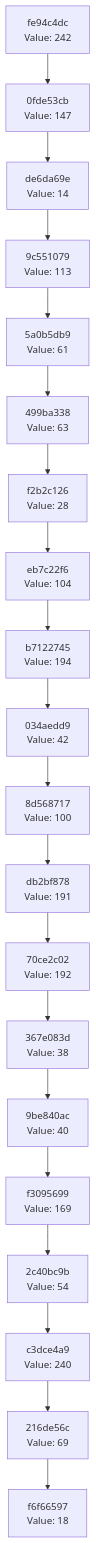
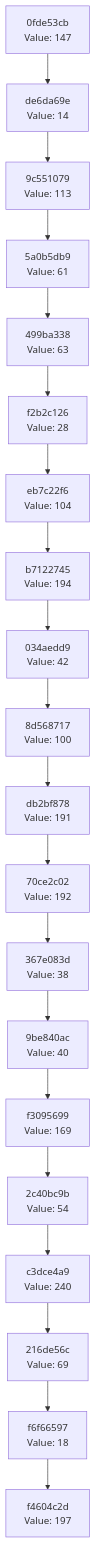
The diagram in docs/CHAIN_VISUALIZATION.md (Abhisheksinha1506/hash-chain-evolver), drawn with Mermaid before and after one commit. The commit also changed 2 other files, not shown here.

Commit message:
Evolution Step

````diff
--- a/docs/CHAIN_VISUALIZATION.md
+++ b/docs/CHAIN_VISUALIZATION.md
@@ -3,42 +3,42 @@
 ```mermaid
 graph TD
-    C0["f6f66597<br/>Value: 18"]
-    C1["216de56c<br/>Value: 69"]
+    C0["f4604c2d<br/>Value: 197"]
+    C1["f6f66597<br/>Value: 18"]
     C1 --> C0
-    C2["c3dce4a9<br/>Value: 240"]
+    C2["216de56c<br/>Value: 69"]
     C2 --> C1
-    C3["2c40bc9b<br/>Value: 54"]
+    C3["c3dce4a9<br/>Value: 240"]
     C3 --> C2
-    C4["f3095699<br/>Value: 169"]
+    C4["2c40bc9b<br/>Value: 54"]
     C4 --> C3
-    C5["9be840ac<br/>Value: 40"]
+    C5["f3095699<br/>Value: 169"]
     C5 --> C4
-    C6["367e083d<br/>Value: 38"]
+    C6["9be840ac<br/>Value: 40"]
     C6 --> C5
-    C7["70ce2c02<br/>Value: 192"]
+    C7["367e083d<br/>Value: 38"]
     C7 --> C6
-    C8["db2bf878<br/>Value: 191"]
+    C8["70ce2c02<br/>Value: 192"]
     C8 --> C7
-    C9["8d568717<br/>Value: 100"]
+    C9["db2bf878<br/>Value: 191"]
     C9 --> C8
-    C10["034aedd9<br/>Value: 42"]
+    C10["8d568717<br/>Value: 100"]
     C10 --> C9
-    C11["b7122745<br/>Value: 194"]
+    C11["034aedd9<br/>Value: 42"]
     C11 --> C10
-    C12["eb7c22f6<br/>Value: 104"]
+    C12["b7122745<br/>Value: 194"]
     C12 --> C11
-    C13["f2b2c126<br/>Value: 28"]
+    C13["eb7c22f6<br/>Value: 104"]
     C13 --> C12
-    C14["499ba338<br/>Value: 63"]
+    C14["f2b2c126<br/>Value: 28"]
     C14 --> C13
-    C15["5a0b5db9<br/>Value: 61"]
+    C15["499ba338<br/>Value: 63"]
     C15 --> C14
-    C16["9c551079<br/>Value: 113"]
+    C16["5a0b5db9<br/>Value: 61"]
     C16 --> C15
-    C17["de6da69e<br/>Value: 14"]
+    C17["9c551079<br/>Value: 113"]
     C17 --> C16
-    C18["0fde53cb<br/>Value: 147"]
+    C18["de6da69e<br/>Value: 14"]
     C18 --> C17
-    C19["fe94c4dc<br/>Value: 242"]
+    C19["0fde53cb<br/>Value: 147"]
     C19 --> C18
 ```
````
